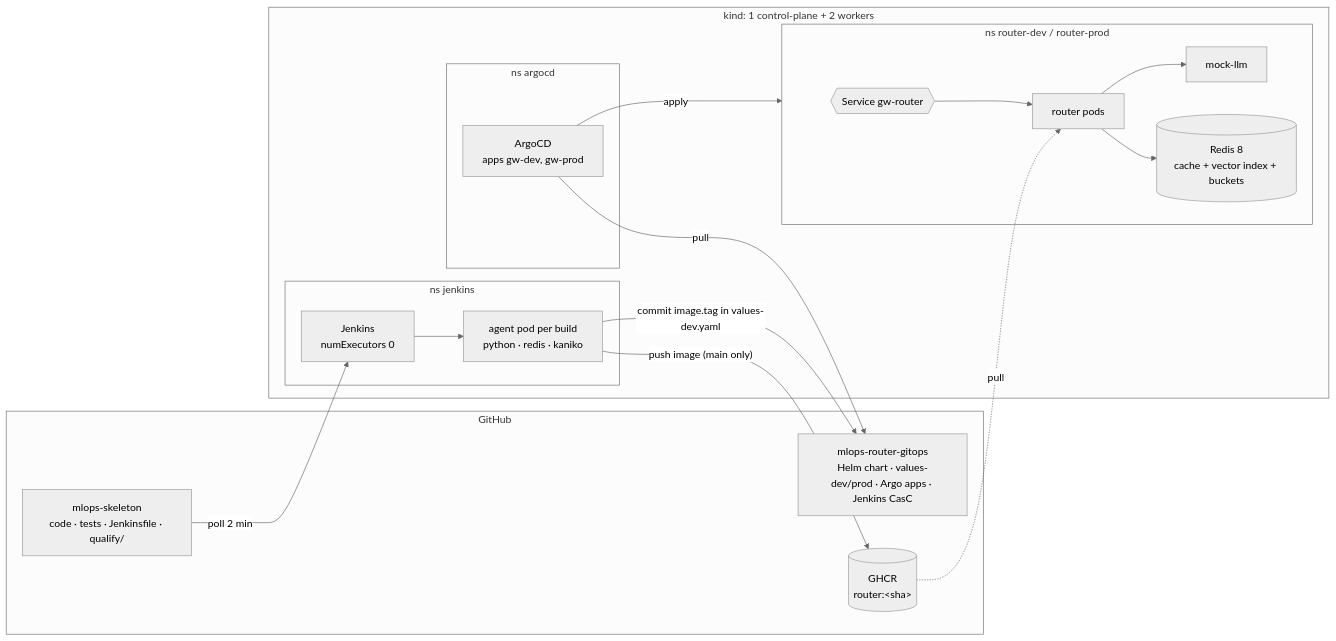
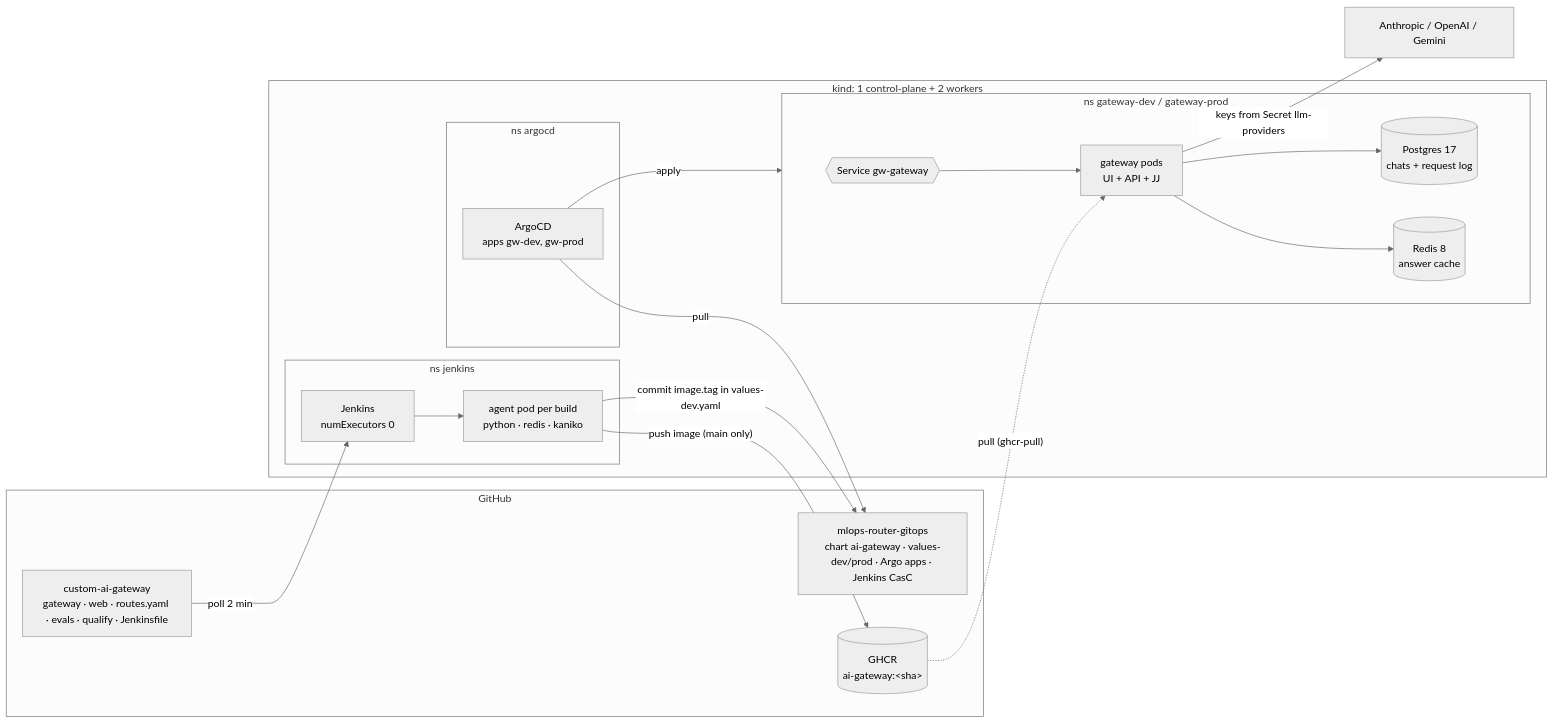
The first of 3 diagrams in Readme.md (ducthangng/mlops-skeleton), drawn with Mermaid (neutral theme) before and after one commit. The commit also changed other lines of this file and 88 other files, not shown here.

````diff
--- a/Readme.md
+++ b/Readme.md
@@ -13,31 +31,33 @@
 ```mermaid
 flowchart LR
     subgraph GitHub
-        APP[mlops-skeleton<br/>code · tests · Jenkinsfile · qualify/]
-        OPS[mlops-router-gitops<br/>Helm chart · values-dev/prod · Argo apps · Jenkins CasC]
-        REG[(GHCR<br/>router:&lt;sha&gt;)]
+        APP[custom-ai-gateway<br/>gateway · web · routes.yaml · evals · qualify · Jenkinsfile]
+        OPS[mlops-router-gitops<br/>chart ai-gateway · values-dev/prod · Argo apps · Jenkins CasC]
+        REG[(GHCR<br/>ai-gateway:&lt;sha&gt;)]
     end
     subgraph Cluster["kind: 1 control-plane + 2 workers"]
         subgraph nsJenkins["ns jenkins"]
             JC[Jenkins<br/>numExecutors 0]
             AG[agent pod per build<br/>python · redis · kaniko]
         end
         subgraph nsArgo["ns argocd"]
             ARGO[ArgoCD<br/>apps gw-dev, gw-prod]
         end
-        subgraph nsDev["ns router-dev / router-prod"]
-            SVC{{Service gw-router}}
-            R[router pods]
-            RD[(Redis 8<br/>cache + vector index + buckets)]
-            M[mock-llm]
+        subgraph nsDev["ns gateway-dev / gateway-prod"]
+            SVC{{Service gw-gateway}}
+            G[gateway pods<br/>UI + API + JJ]
+            RD[(Redis 8<br/>answer cache)]
+            PG[(Postgres 17<br/>chats + request log)]
         end
     end
+    LLM[Anthropic / OpenAI / Gemini]
     APP -- poll 2 min --> JC --> AG
     AG -- push image (main only) --> REG
     AG -- commit image.tag in values-dev.yaml --> OPS
     ARGO -- pull --> OPS
     ARGO -- apply --> nsDev
-    SVC --> R --> RD
-    R --> M
-    REG -. pull .-> R
+    SVC --> G --> RD
+    G --> PG
+    G -- keys from Secret llm-providers --> LLM
+    REG -. pull (ghcr-pull) .-> G
 ```
````
